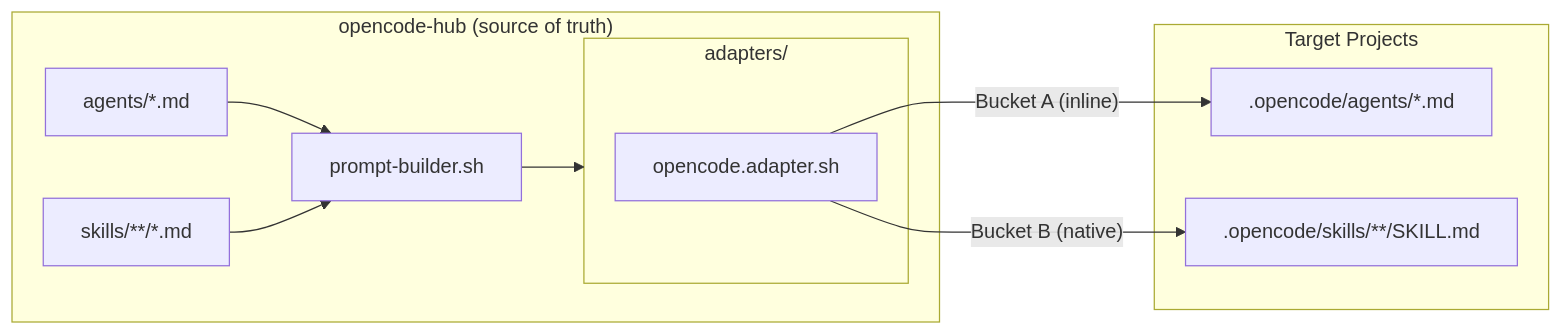
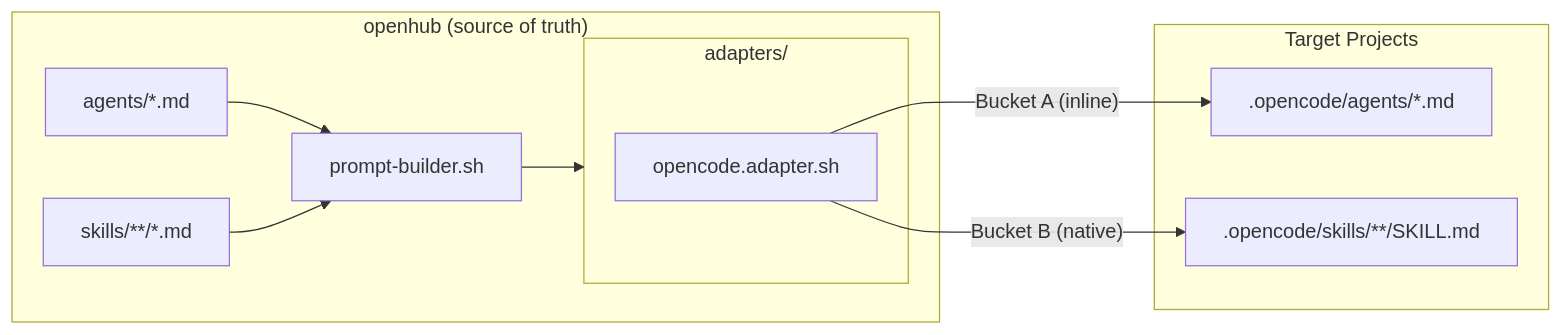
Before and after one commit to datichb/openhub: the first of 3 diagrams in docs/architecture/overview.en.md, drawn with Mermaid. The commit also changed other lines of this file and 59 other files, not shown here.

First line of the commit message:
chore: rename project from opencode-hub to openhub

````diff
--- a/docs/architecture/overview.en.md
+++ b/docs/architecture/overview.en.md
@@ -67,16 +67,16 @@
 ```mermaid
 flowchart LR
-    subgraph HUB["opencode-hub (source of truth)"]
+    subgraph HUB["openhub (source of truth)"]
         A[agents/*.md] --> PB[prompt-builder.sh]
         S[skills/**/*.md] --> PB
         PB --> ADP
         subgraph ADP["adapters/"]
             OC[opencode.adapter.sh]
         end
     end
 
     subgraph PROJECTS["Target Projects"]
         OC -->|"Bucket A (inline)"| P1[".opencode/agents/*.md"]
         OC -->|"Bucket B (native)"| P2[".opencode/skills/**/SKILL.md"]
     end
 ```
````
